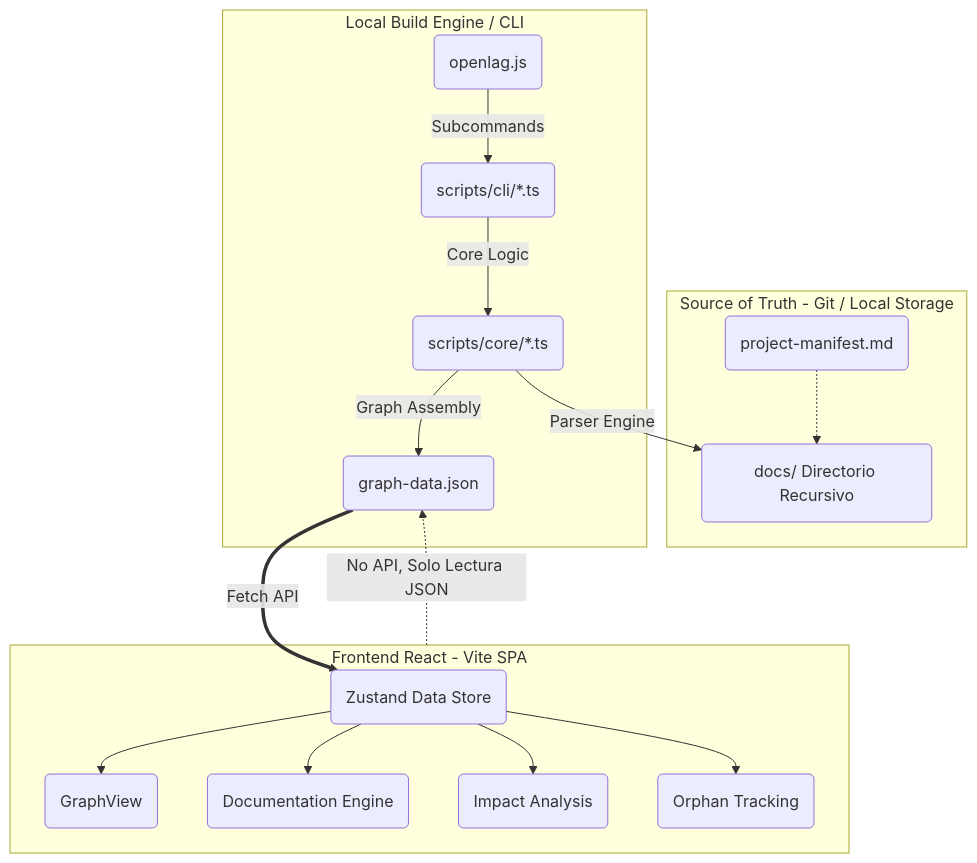
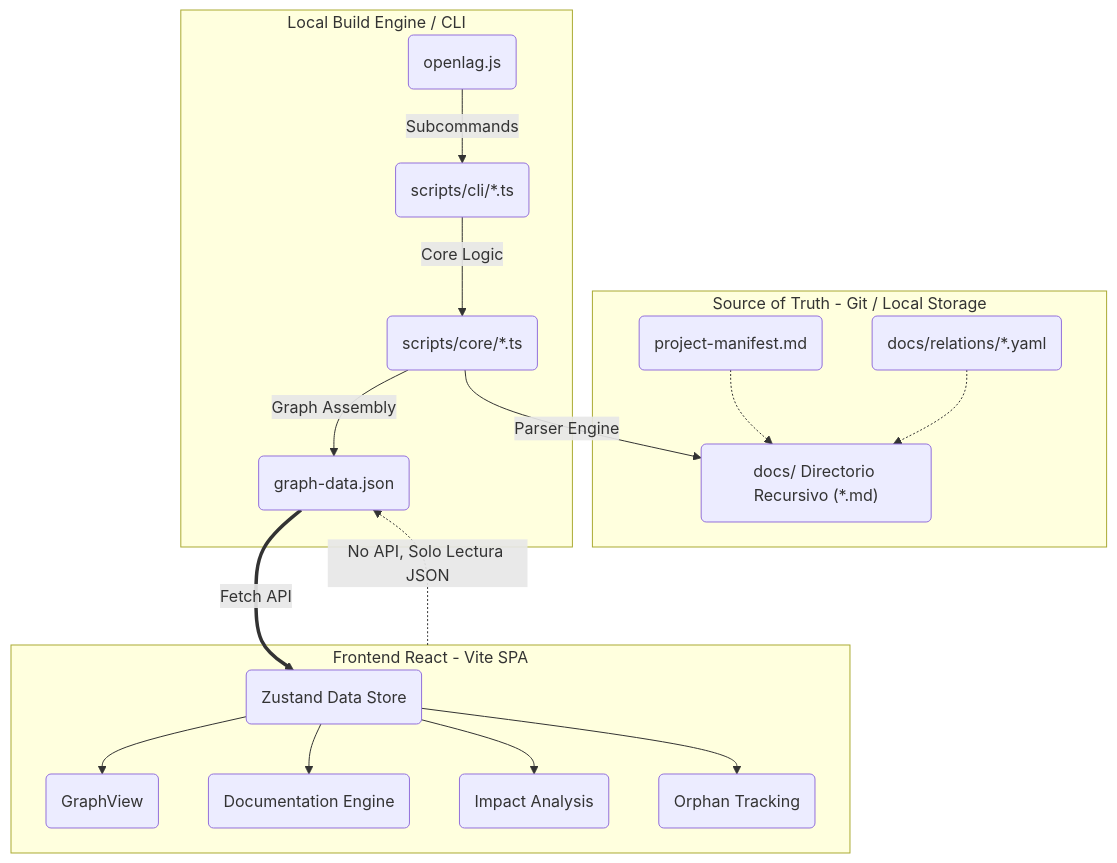
One commit to donartcha/OpenLAG changed the first of 2 diagrams in DOCUMENTACION_OPENLAG.md. Above: the diagram before and after it, drawn with Mermaid. The commit also changed other lines of this file and 56 other files, not shown here.

````diff
--- a/DOCUMENTACION_OPENLAG.md
+++ b/DOCUMENTACION_OPENLAG.md
@@ -119,25 +117,27 @@
 ```mermaid
 graph TD
     subgraph DataLayer [Source of Truth - Git / Local Storage]
         MF("project-manifest.md")
-        DIR("docs/ Directorio Recursivo")
+        REL("docs/relations/*.yaml")
+        DIR("docs/ Directorio Recursivo (*.md)")
         MF -.-> DIR
+        REL -.-> DIR
     end
 
     subgraph Compiler [Local Build Engine / CLI]
         CLI("openlag.js") -- "Subcommands" --> SUBS("scripts/cli/*.ts")
         SUBS -- "Core Logic" --> CORE("scripts/core/*.ts")
         CORE -- "Parser Engine" --> DIR
         CORE -- "Graph Assembly" --> JSON("graph-data.json")
     end
 
     subgraph ClientApp [Frontend React - Vite SPA]
         JSON == "Fetch API" ==> ZUS("Zustand Data Store")
         ZUS --> GR("GraphView")
         ZUS --> DC("Documentation Engine")
         ZUS --> IMP("Impact Analysis")
         ZUS --> ORP("Orphan Tracking")
     end
 
     ClientApp -. "No API, Solo Lectura JSON" .-> JSON
 ```
````
